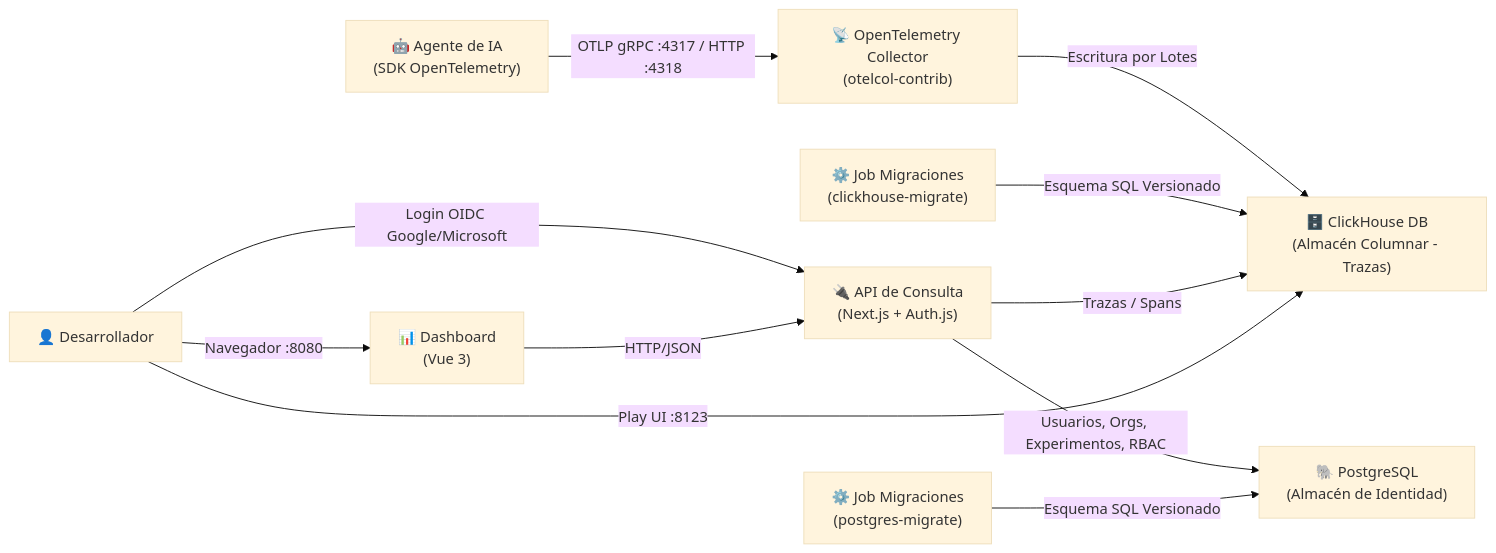
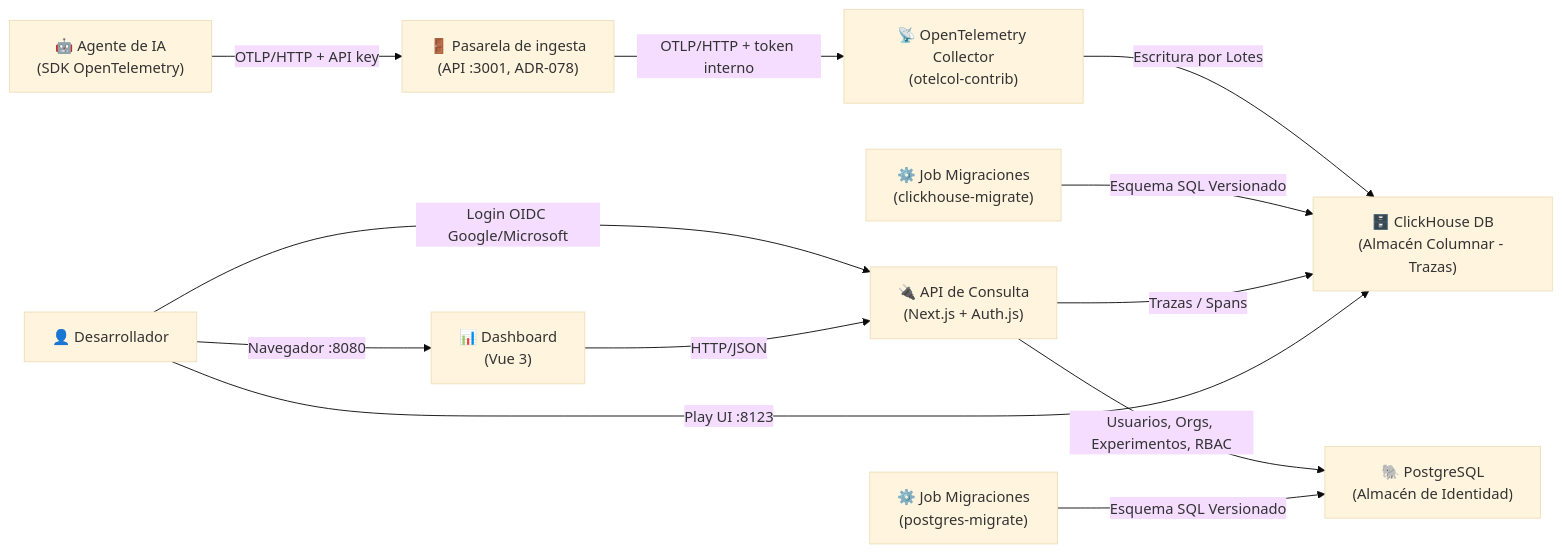
Before and after one commit to martia-es/memtrace: the diagram in README.md, drawn with Mermaid (base theme). The commit also changed other lines of this file and 27 other files, not shown here.

````diff
--- a/README.md
+++ b/README.md
@@ -22,13 +22,14 @@
 ```mermaid
 graph LR
-    Agent["🤖 Agente de IA<br/>(SDK OpenTelemetry)"] -->|OTLP gRPC :4317 / HTTP :4318| Collector["📡 OpenTelemetry Collector<br/>(otelcol-contrib)"]
+    Agent["🤖 Agente de IA<br/>(SDK OpenTelemetry)"] -->|OTLP/HTTP + API key| Gateway["🚪 Pasarela de ingesta<br/>(API :3001, ADR-078)"]
+    Gateway -->|OTLP/HTTP + token interno| Collector["📡 OpenTelemetry Collector<br/>(otelcol-contrib)"]
     Collector -->|Escritura por Lotes| ClickHouse["🗄️ ClickHouse DB<br/>(Almacén Columnar - Trazas)"]
     MigrateCH["⚙️ Job Migraciones<br/>(clickhouse-migrate)"] -->|Esquema SQL Versionado| ClickHouse
     User["👤 Desarrollador"] -->|Login OIDC Google/Microsoft| API["🔌 API de Consulta<br/>(Next.js + Auth.js)"]
     API -->|Trazas / Spans| ClickHouse
     API -->|Usuarios, Orgs, Experimentos, RBAC| Postgres["🐘 PostgreSQL<br/>(Almacén de Identidad)"]
     MigratePG["⚙️ Job Migraciones<br/>(postgres-migrate)"] -->|Esquema SQL Versionado| Postgres
     User -->|Navegador :8080| Dashboard["📊 Dashboard<br/>(Vue 3)"]
     Dashboard -->|HTTP/JSON| API
     User -->|Play UI :8123| ClickHouse
 ```
````
